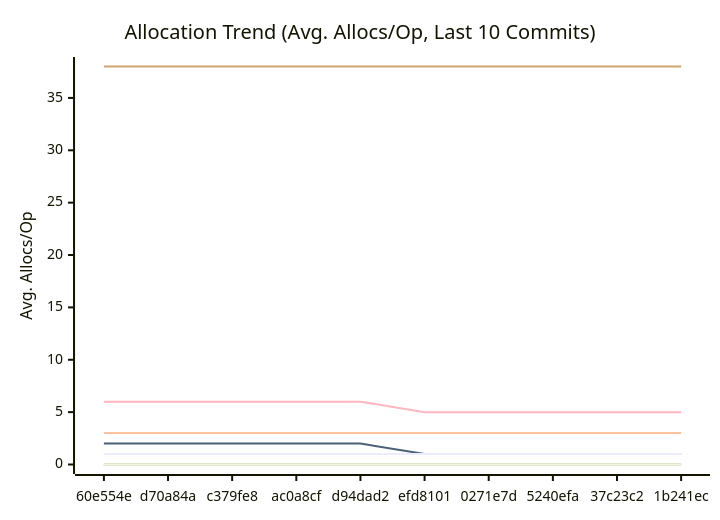
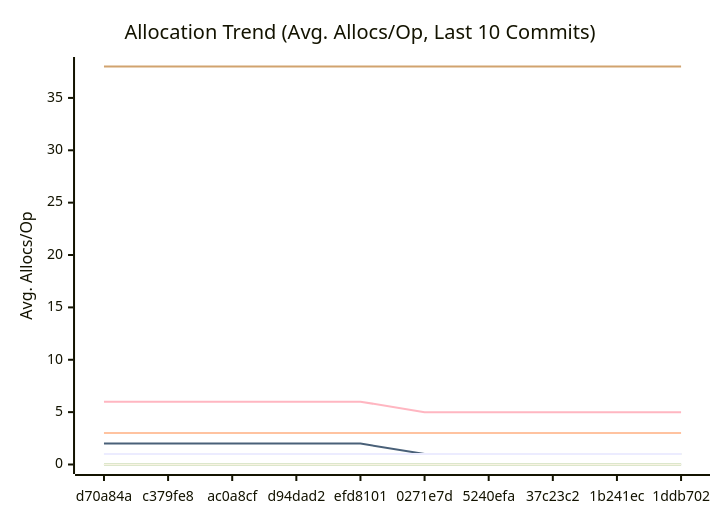
One commit to alsotoes/momo changed the third of 3 diagrams in docs/PERFORMANCE.md. Above: the diagram before and after it, drawn with Mermaid. The commit also changed other lines of this file and 2 other files, not shown here.

````diff
--- a/docs/PERFORMANCE.md
+++ b/docs/PERFORMANCE.md
@@ -176,18 +176,18 @@
 ```mermaid
 xychart-beta
     title "Allocation Trend (Avg. Allocs/Op, Last 10 Commits)"
     x-axis "Commit"
     y-axis "Avg. Allocs/Op"
-    x-axis [60e554e,d70a84a,c379fe8,ac0a8cf,d94dad2,efd8101,0271e7d,5240efa,37c23c2,1b241ec]
+    x-axis [d70a84a,c379fe8,ac0a8cf,d94dad2,efd8101,0271e7d,5240efa,37c23c2,1b241ec,1ddb702]
     line "CheckMetricsAndSwap" [0,0,0,0,0,0,0,0,0,0]
     line "CrushOptimized" [0,0,0,0,0,0,0,0,0,0]
     line "CrushOriginal" [3,3,3,3,3,3,3,3,3,3]
     line "IndexDirectTracking" [0,0,0,0,0,0,0,0,0,0]
     line "IndexSearch" [0,0,0,0,0,0,0,0,0,0]
     line "LoadGlobalConfig" [38,38,38,38,38,38,38,38,38,38]
     line "PadString" [1,1,1,1,1,1,1,1,1,1]
     line "ParseReplicationOrder_NoPrealloc" [6,6,6,6,6,5,5,5,5,5]
     line "ParseReplicationOrder_Prealloc" [2,2,2,2,2,1,1,1,1,1]
     line "SanitizeLog/Safe" [0,0,0,0,0,0,0,0,0,0]
     line "SanitizeLog/Unsafe" [1,1,1,1,1,1,1,1,1,1]
 ```
````
